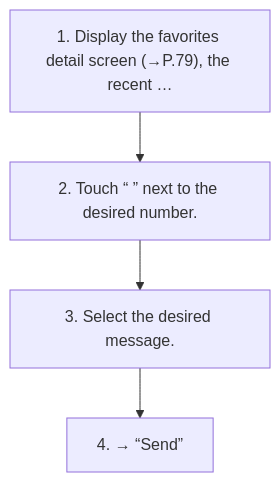
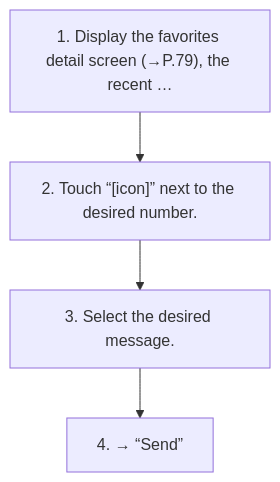
Before and after one commit to Chieko-Y/my-spec-generator: the diagram in workspace/subaru/outback-2026/ivi/published/phone/19-sending-a-new-short-message.md, drawn with Mermaid. The commit also changed other lines of this file and 477 other files, not shown here.

````diff
--- a/workspace/subaru/outback-2026/ivi/published/phone/19-sending-a-new-short-message.md
+++ b/workspace/subaru/outback-2026/ivi/published/phone/19-sending-a-new-short-message.md
@@ -9,10 +9,10 @@
 ```mermaid
 flowchart TD
     S1["1. Display the favorites detail screen (→P.79), the recent …"]
-    S2["2. Touch “ ” next to the desired number."]
+    S2["2. Touch “[icon]” next to the desired number."]
     S3["3. Select the desired message."]
     S4["4. → “Send”"]
     S1 --> S2
     S2 --> S3
     S3 --> S4
 ```
````
